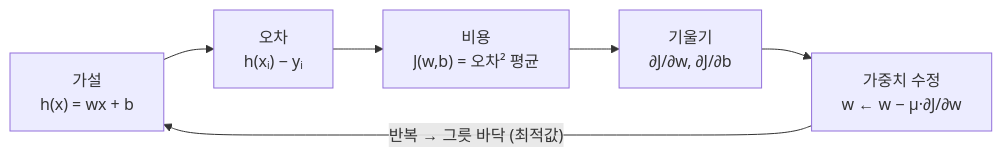
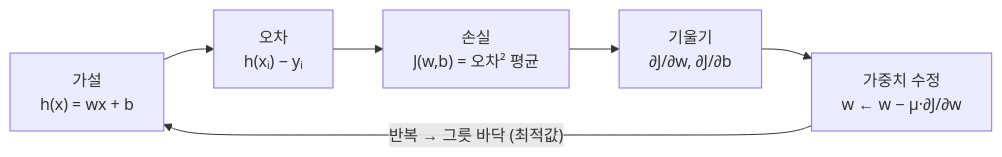
Before and after one commit to BlackBuddle/deep-learning-math-notes: the diagram in 01_개념노트/D09_오차와_비용함수.md, drawn with Mermaid. The commit also changed other lines of this file and 36 other files, not shown here.

````diff
--- a/01_개념노트/D09_오차와_비용함수.md
+++ b/01_개념노트/D09_오차와_비용함수.md
@@ -107,8 +151,8 @@
 ```mermaid
 flowchart LR
   A["가설<br>h(x) = wx + b"] --> B["오차<br>h(xᵢ) − yᵢ"]
-  B --> C["비용<br>J(w,b) = 오차² 평균"]
+  B --> C["손실<br>J(w,b) = 오차² 평균"]
   C --> D["기울기<br>∂J/∂w, ∂J/∂b"]
   D --> E["가중치 수정<br>w ← w − μ·∂J/∂w"]
   E -->|"반복 → 그릇 바닥 (최적값)"| A
 ```
````
